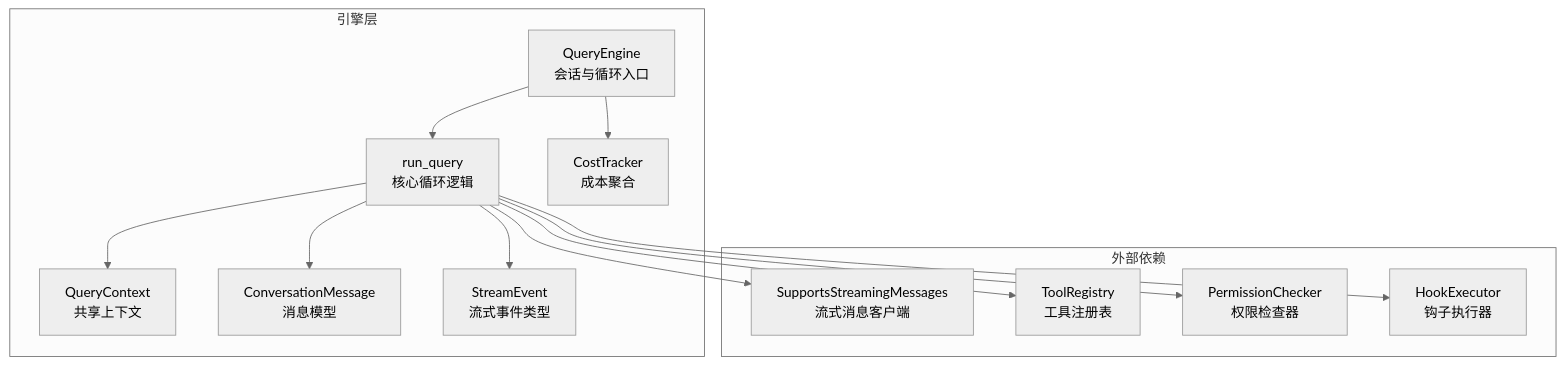
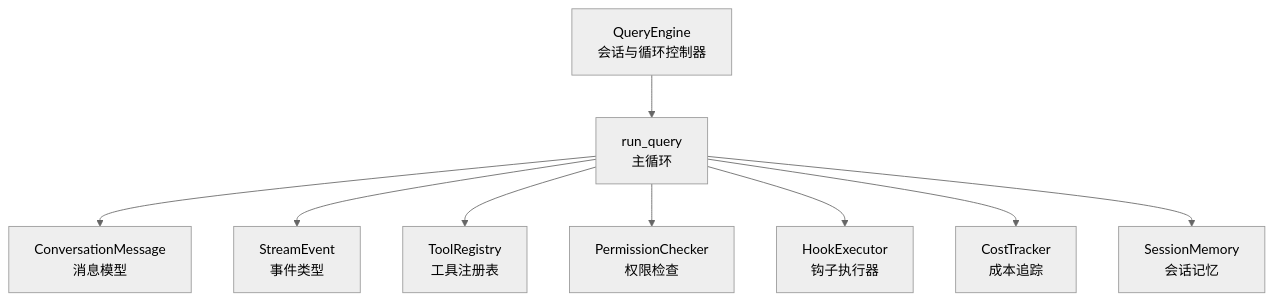
Before and after one commit to haolange/OpenHarness: the first of 4 diagrams in .qoder/repowiki/zh/content/核心概念/代理循环机制.md, drawn with Mermaid (neutral theme). The commit also changed other lines of this file and 222 other files, not shown here.

````diff
--- a/.qoder/repowiki/zh/content/核心概念/代理循环机制.md
+++ b/.qoder/repowiki/zh/content/核心概念/代理循环机制.md
@@ -45,26 +44,11 @@
 ```mermaid
 graph TB
-subgraph "引擎层"
-QE["QueryEngine<br/>会话与循环入口"]
-QF["run_query<br/>核心循环逻辑"]
-QC["QueryContext<br/>共享上下文"]
-MSG["ConversationMessage<br/>消息模型"]
-SE["StreamEvent<br/>流式事件类型"]
-CT["CostTracker<br/>成本聚合"]
-end
-subgraph "外部依赖"
-API["SupportsStreamingMessages<br/>流式消息客户端"]
-TR["ToolRegistry<br/>工具注册表"]
-PC["PermissionChecker<br/>权限检查器"]
-HK["HookExecutor<br/>钩子执行器"]
-end
-QE --> QF
-QE --> CT
-QF --> QC
-QF --> API
-QF --> TR
-QF --> PC
-QF --> HK
-QF --> MSG
-QF --> SE
+QE["QueryEngine<br/>会话与循环控制器"] --> RUNQ["run_query<br/>主循环"]
+RUNQ --> MSG["ConversationMessage<br/>消息模型"]
+RUNQ --> EVT["StreamEvent<br/>事件类型"]
+RUNQ --> TOOL["ToolRegistry<br/>工具注册表"]
+RUNQ --> PERM["PermissionChecker<br/>权限检查"]
+RUNQ --> HK["HookExecutor<br/>钩子执行器"]
+RUNQ --> COST["CostTracker<br/>成本追踪"]
+RUNQ --> SMEM["SessionMemory<br/>会话记忆"]
 ```
````
